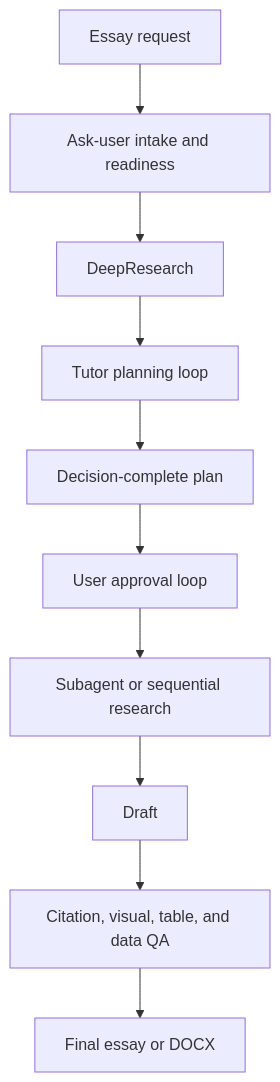
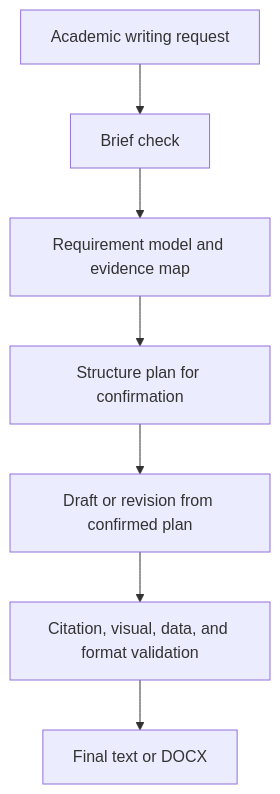
The diagram in README.md (OctavianYimingZhang/Essay-Tutor), drawn with Mermaid before and after one commit. The commit also changed other lines of this file and 9 other files, not shown here.

Commit message:
Refine essay tutor workflow

````diff
--- a/README.md
+++ b/README.md
@@ -42,12 +46,9 @@
 ```mermaid
 flowchart TD
-    A["Essay request"] --> B["Ask-user intake and readiness"]
-    B --> C["DeepResearch"]
-    C --> D["Tutor planning loop"]
-    D --> E["Decision-complete plan"]
-    E --> F["User approval loop"]
-    F --> G["Subagent or sequential research"]
-    G --> H["Draft"]
-    H --> I["Citation, visual, table, and data QA"]
-    I --> J["Final essay or DOCX"]
+    A["Academic writing request"] --> B["Brief check"]
+    B --> C["Requirement model and evidence map"]
+    C --> D["Structure plan for confirmation"]
+    D --> E["Draft or revision from confirmed plan"]
+    E --> F["Citation, visual, data, and format validation"]
+    F --> G["Final text or DOCX"]
 ```
````
